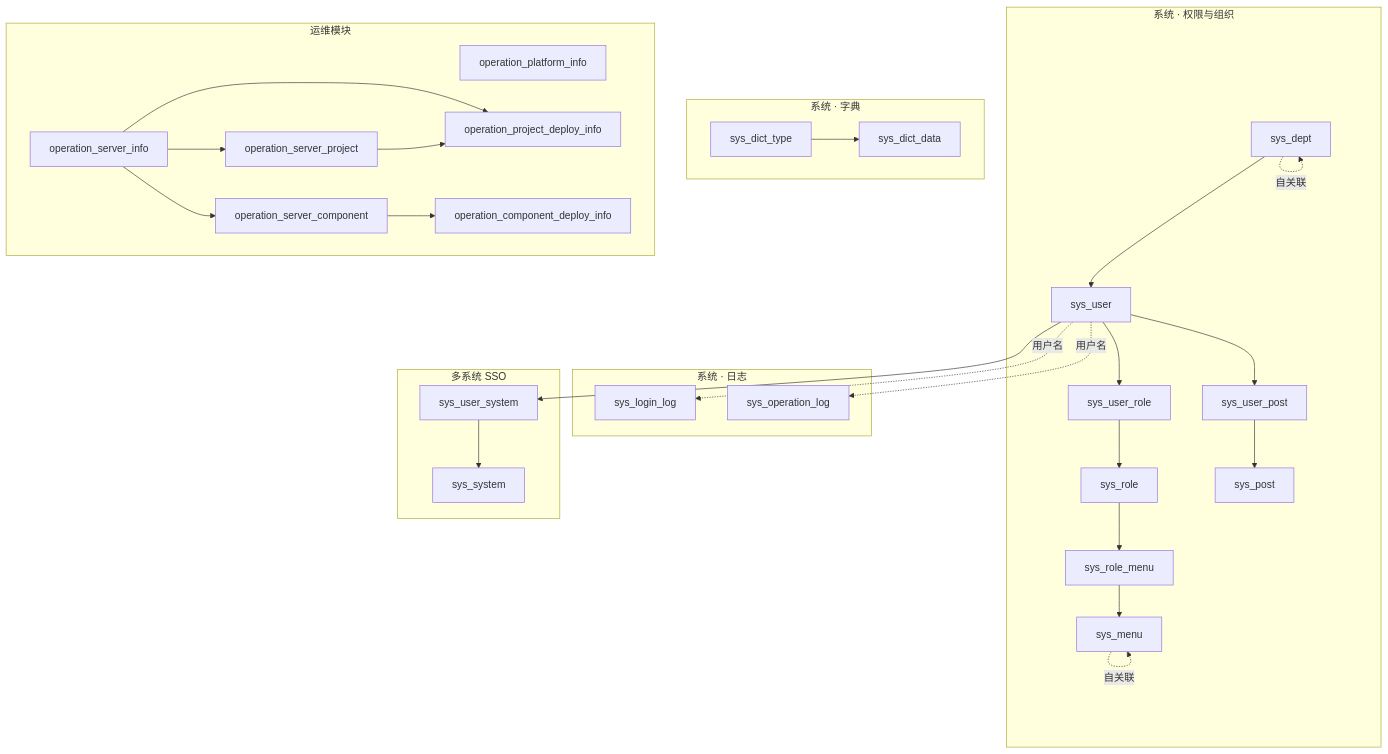
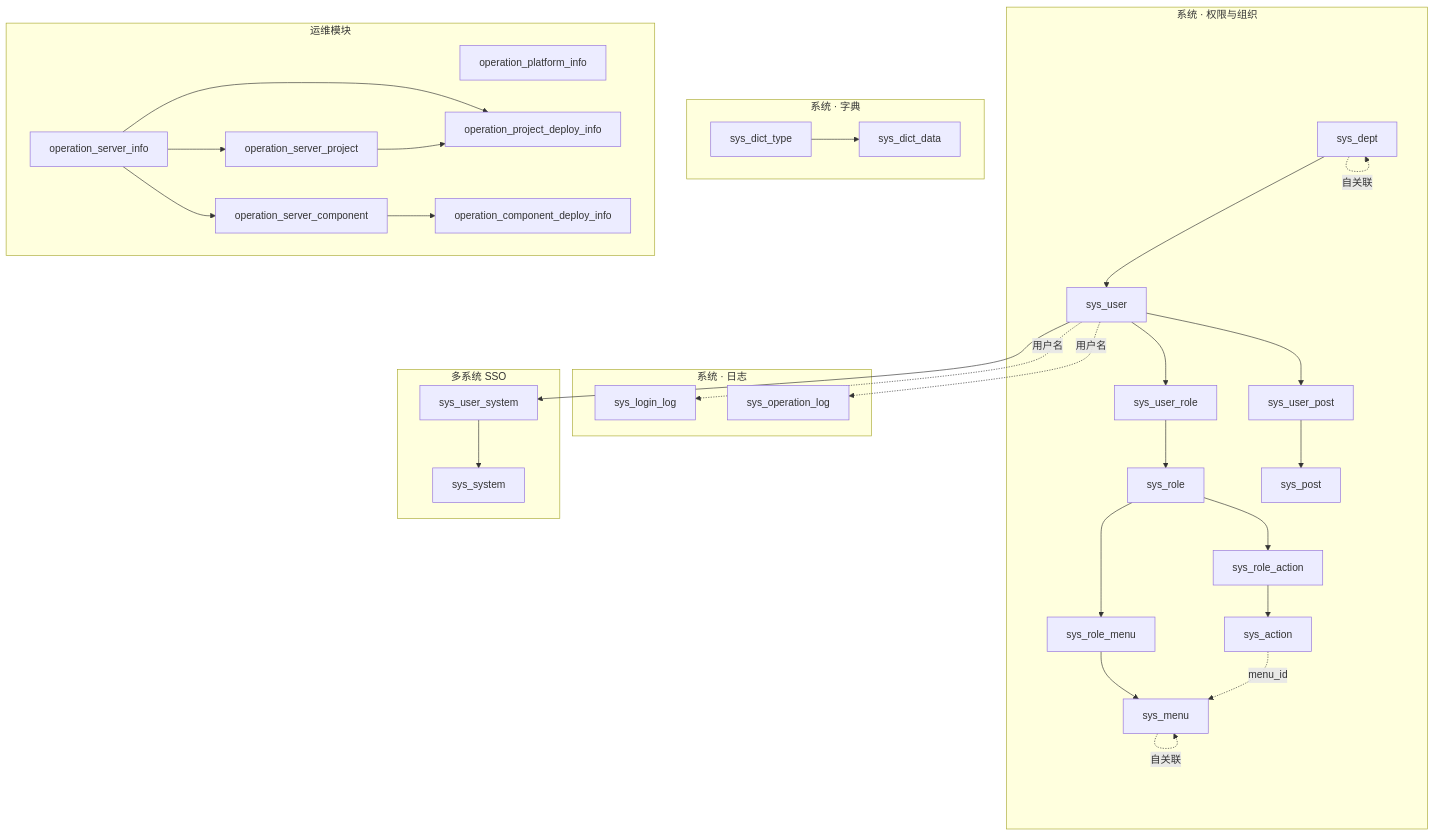
Before and after one commit to wujinsen/moli-project-single: the first of 6 diagrams in docs/database-schema-diagram.md, drawn with Mermaid. The commit also changed other lines of this file and 21 other files, not shown here.

````diff
--- a/docs/database-schema-diagram.md
+++ b/docs/database-schema-diagram.md
@@ -16,51 +17,55 @@
 ```mermaid
 flowchart TB
     subgraph RBAC["系统 · 权限与组织"]
         dept[sys_dept]
         user[sys_user]
         role[sys_role]
         menu[sys_menu]
         post[sys_post]
         ur[sys_user_role]
         rm[sys_role_menu]
+        sa[sys_action]
+        ra[sys_role_action]
         up[sys_user_post]
         dept --> user
         user --> ur --> role
         role --> rm --> menu
+        role --> ra --> sa
+        sa -.menu_id.-> menu
         user --> up --> post
         dept -.自关联.-> dept
         menu -.自关联.-> menu
     end
 
     subgraph DICT["系统 · 字典"]
         dt[sys_dict_type]
         dd[sys_dict_data]
         dt --> dd
     end
 
     subgraph LOG["系统 · 日志"]
         ll[sys_login_log]
         ol[sys_operation_log]
     end
 
     subgraph OPS["运维模块"]
         plat[operation_platform_info]
         srv[operation_server_info]
         proj[operation_project_deploy_info]
         comp[operation_component_deploy_info]
         sp[operation_server_project]
         sc[operation_server_component]
         srv --> proj
         srv --> sp --> proj
         srv --> sc --> comp
     end
 
     subgraph SSO["多系统 SSO"]
         sys[sys_system]
         us[sys_user_system]
         user --> us --> sys
     end
 
     user -.用户名.-> ll
     user -.用户名.-> ol
 ```
````
